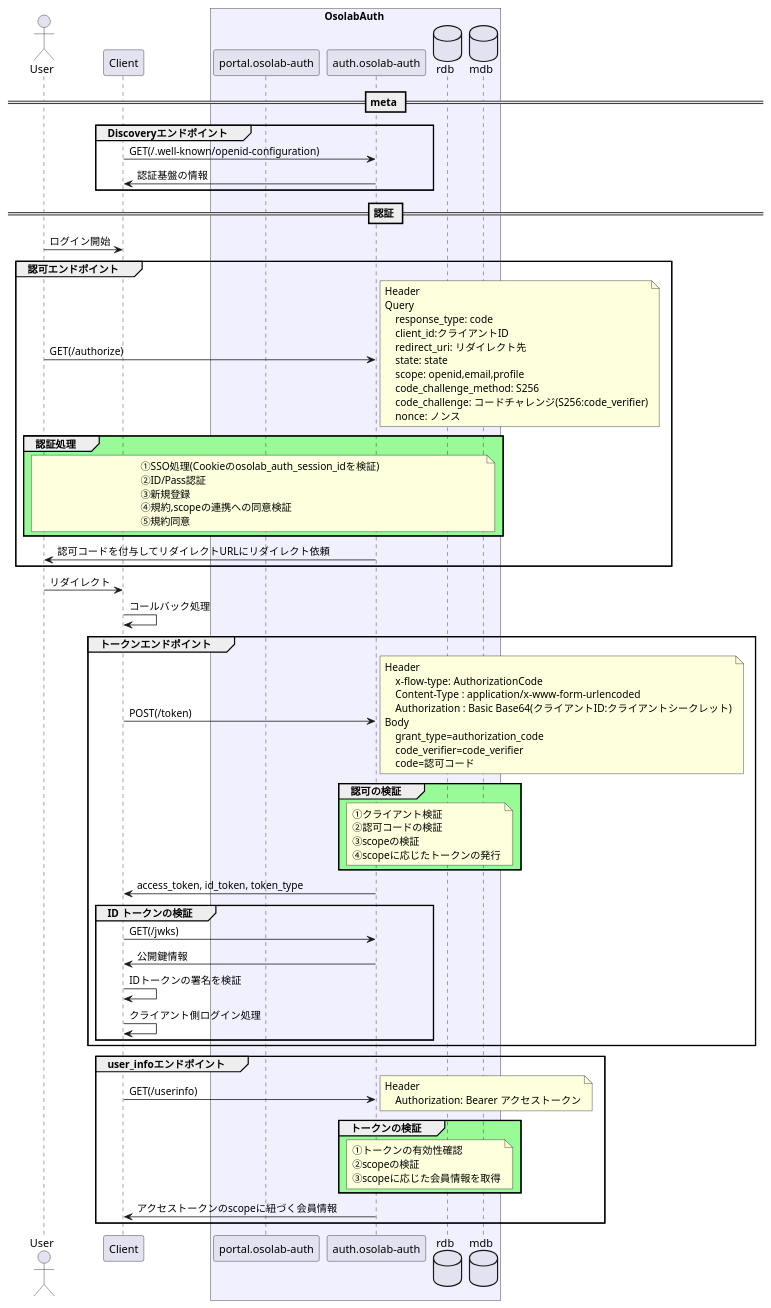
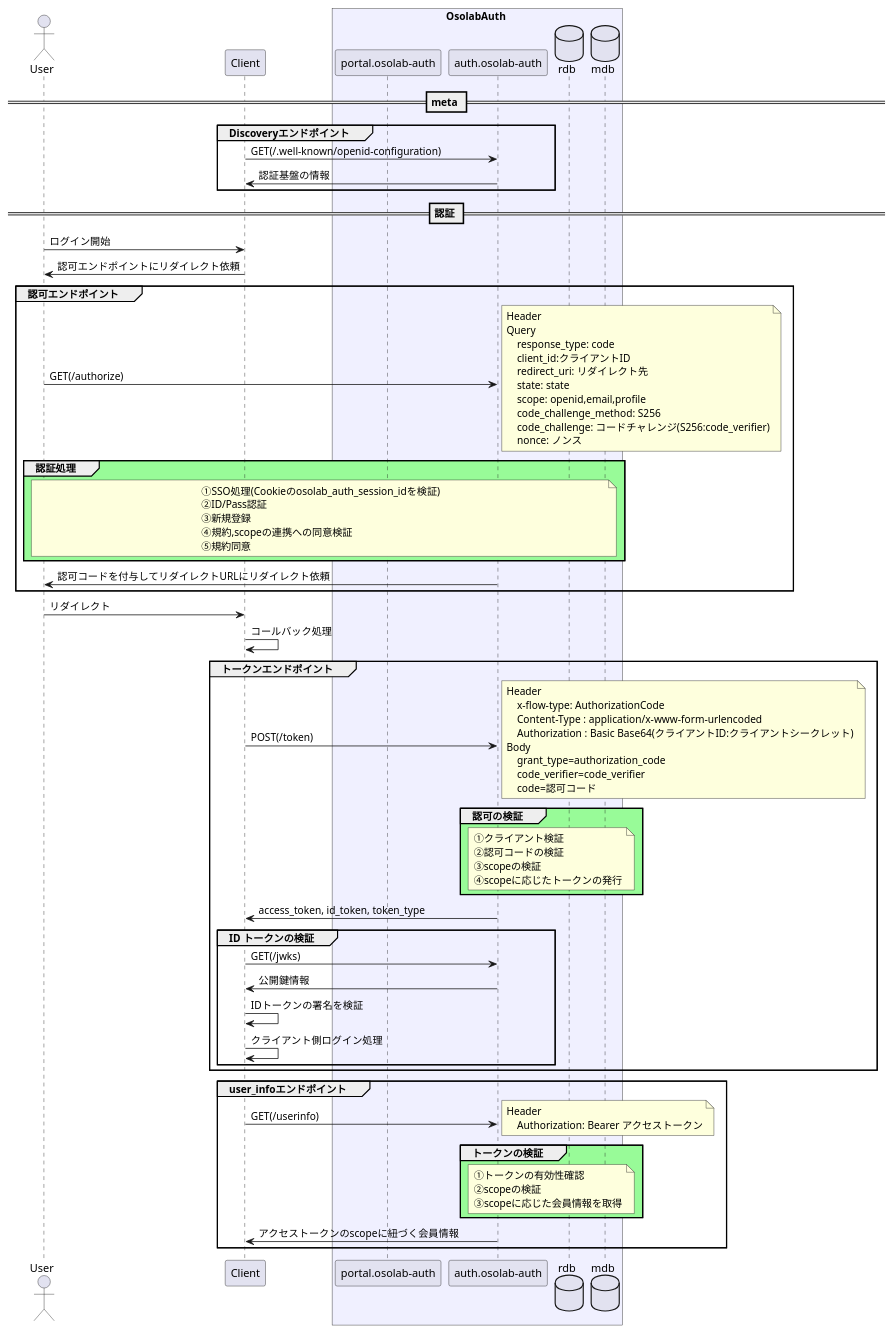
One commit to OsolabAuth/AuthDoc changed the diagram in Architecture/AuthFlow/AuthSimple.md. Above: the diagram before and after it, drawn with PlantUML. The commit also changed 1 other file, not shown here.

```diff
--- a/Architecture/AuthFlow/AuthSimple.md
+++ b/Architecture/AuthFlow/AuthSimple.md
@@ -23,6 +23,7 @@
 
 == 認証 ==
 User -> Client : ログイン開始
+User <- Client : 認可エンドポイントにリダイレクト依頼
 group 認可エンドポイント
     User -> auth : GET(/authorize)
     note right
```
